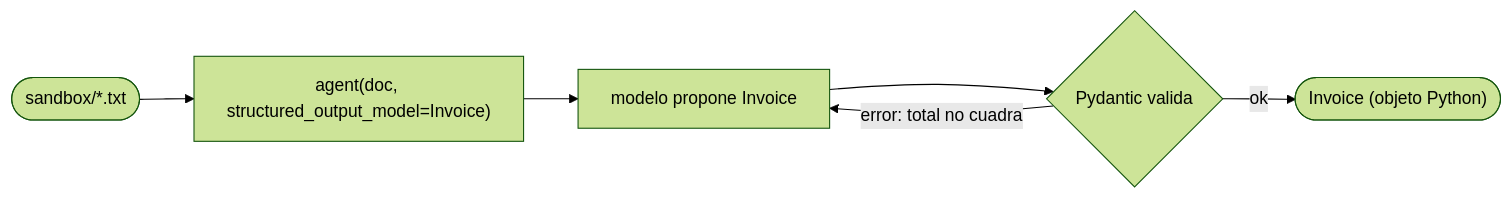
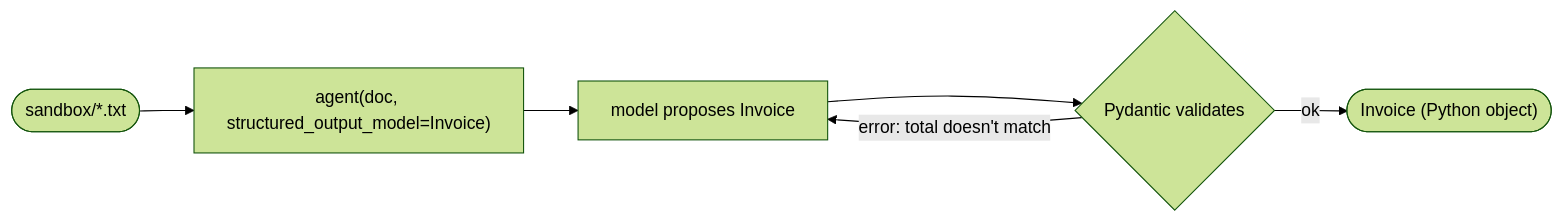
The diagram in strands-agents/12-structured-output/README.md (eider404/agent-architectures), drawn with Mermaid (forest theme) before and after one commit. The commit also changed other lines of this file and 13 other files, not shown here.

````diff
--- a/strands-agents/12-structured-output/README.md
+++ b/strands-agents/12-structured-output/README.md
@@ -13,8 +13,8 @@
 ```mermaid
 flowchart LR
     D(["sandbox/*.txt"]) --> A["agent(doc, structured_output_model=Invoice)"]
-    A --> M["modelo propone Invoice"]
-    M --> V{"Pydantic valida"}
-    V -->|"error: total no cuadra"| M
-    V -->|"ok"| O(["Invoice (objeto Python)"])
+    A --> M["model proposes Invoice"]
+    M --> V{"Pydantic validates"}
+    V -->|"error: total doesn't match"| M
+    V -->|"ok"| O(["Invoice (Python object)"])
 ```
````
